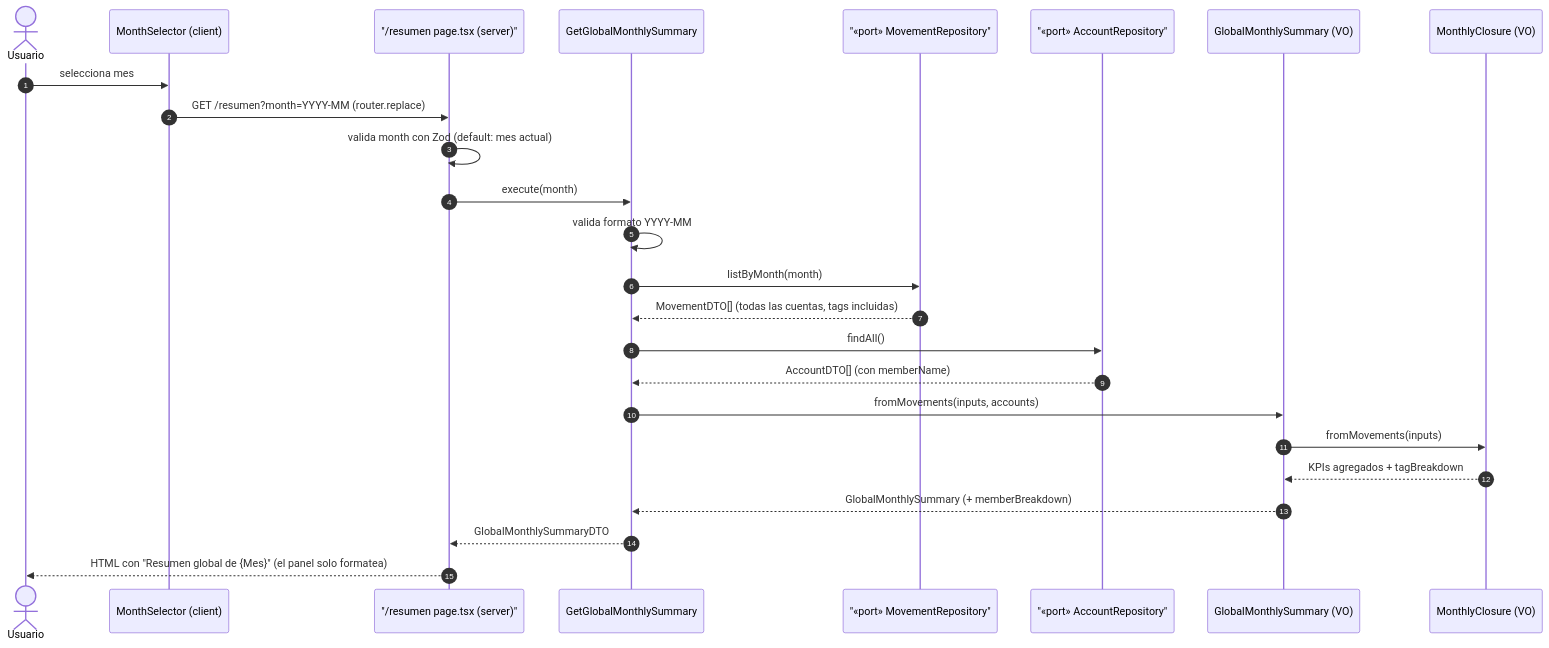
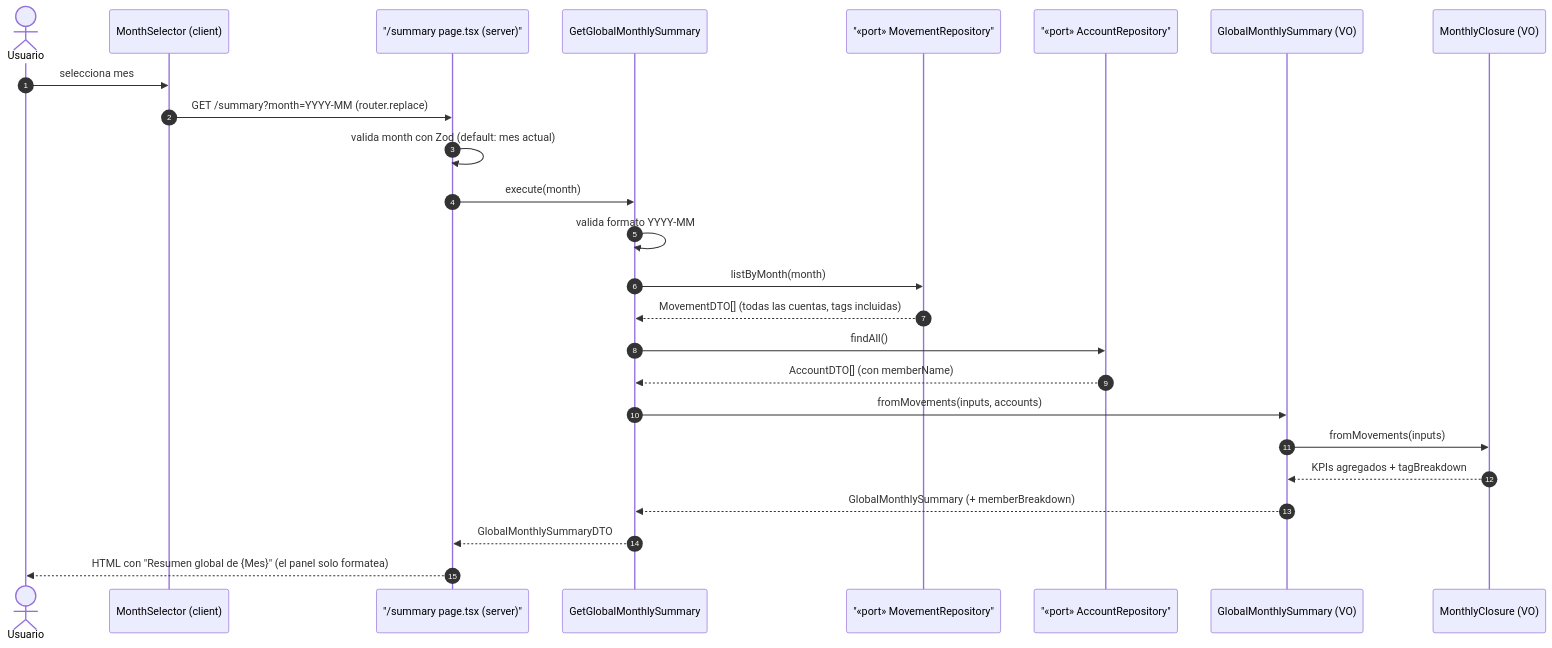
Before and after one commit to ismaelcabanas/family-wallet-sdd-app: the second of 2 diagrams in specs/006-resumen-global-mensual/plan.md, drawn with Mermaid. The commit also changed other lines of this file and 5 other files, not shown here.

Commit message:
docs: ruta del resumen global en inglés (/resumen → /summary, src/app/summary) en la huella de diseño de 006; UI visible y spec e2e se mantienen en español

````diff
--- a/specs/006-resumen-global-mensual/plan.md
+++ b/specs/006-resumen-global-mensual/plan.md
@@ -158,28 +158,28 @@
 ```mermaid
 sequenceDiagram
     autonumber
     actor U as Usuario
     participant S as MonthSelector (client)
-    participant R as "/resumen page.tsx (server)"
+    participant R as "/summary page.tsx (server)"
     participant UC as GetGlobalMonthlySummary
     participant MR as "«port» MovementRepository"
     participant AR as "«port» AccountRepository"
     participant VO as GlobalMonthlySummary (VO)
     participant CL as MonthlyClosure (VO)
 
     U->>S: selecciona mes
-    S->>R: GET /resumen?month=YYYY-MM (router.replace)
+    S->>R: GET /summary?month=YYYY-MM (router.replace)
     R->>R: valida month con Zod (default: mes actual)
     R->>UC: execute(month)
     UC->>UC: valida formato YYYY-MM
     UC->>MR: listByMonth(month)
     MR-->>UC: MovementDTO[] (todas las cuentas, tags incluidas)
     UC->>AR: findAll()
     AR-->>UC: AccountDTO[] (con memberName)
     UC->>VO: fromMovements(inputs, accounts)
     VO->>CL: fromMovements(inputs)
     CL-->>VO: KPIs agregados + tagBreakdown
     VO-->>UC: GlobalMonthlySummary (+ memberBreakdown)
     UC-->>R: GlobalMonthlySummaryDTO
     R-->>U: HTML con "Resumen global de {Mes}" (el panel solo formatea)
 ```
````
